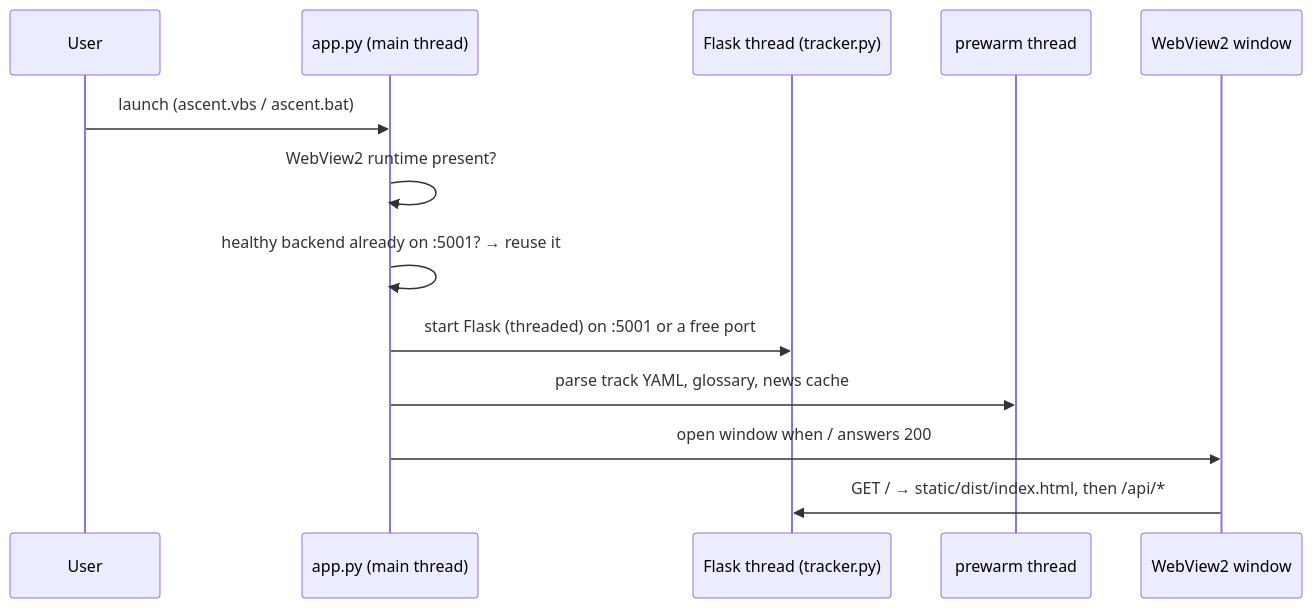
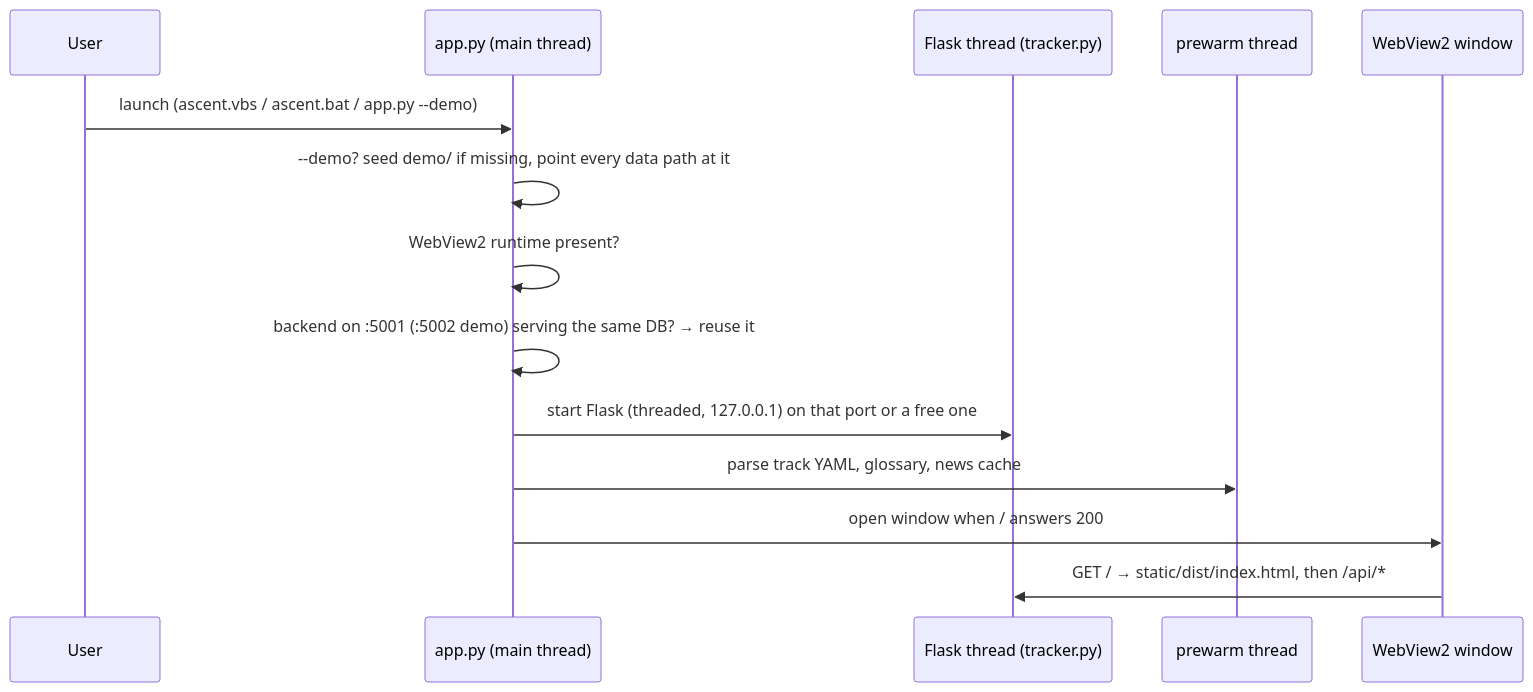
One commit to aaronk2001/ascent-career-os changed the diagram in docs/ARCHITECTURE.md. Above: the diagram before and after it, drawn with Mermaid. The commit also changed other lines of this file and 72 other files, not shown here.

````diff
--- a/docs/ARCHITECTURE.md
+++ b/docs/ARCHITECTURE.md
@@ -7,15 +7,16 @@
 ```mermaid
 sequenceDiagram
   participant U as User
   participant A as app.py (main thread)
   participant F as Flask thread (tracker.py)
   participant P as prewarm thread
   participant W as WebView2 window
-  U->>A: launch (ascent.vbs / ascent.bat)
+  U->>A: launch (ascent.vbs / ascent.bat / app.py --demo)
+  A->>A: --demo? seed demo/ if missing, point every data path at it
   A->>A: WebView2 runtime present?
-  A->>A: healthy backend already on :5001? → reuse it
-  A->>F: start Flask (threaded) on :5001 or a free port
+  A->>A: backend on :5001 (:5002 demo) serving the same DB? → reuse it
+  A->>F: start Flask (threaded, 127.0.0.1) on that port or a free one
   A->>P: parse track YAML, glossary, news cache
   A->>W: open window when /  answers 200
   W->>F: GET / → static/dist/index.html, then /api/*
 ```
````
